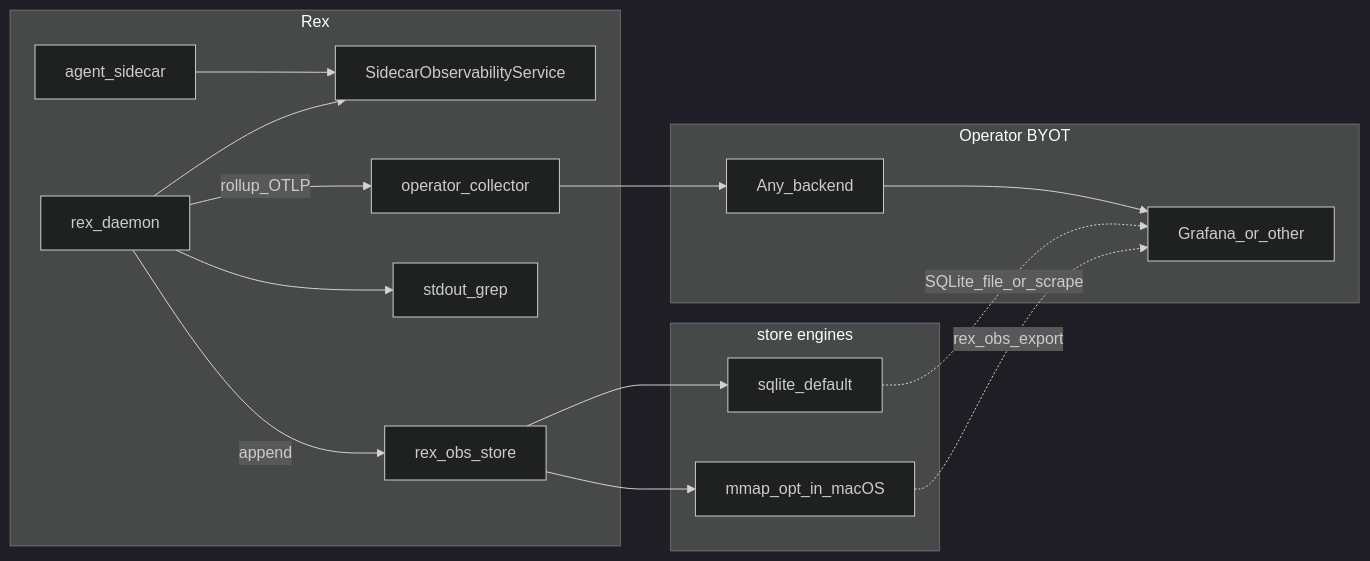
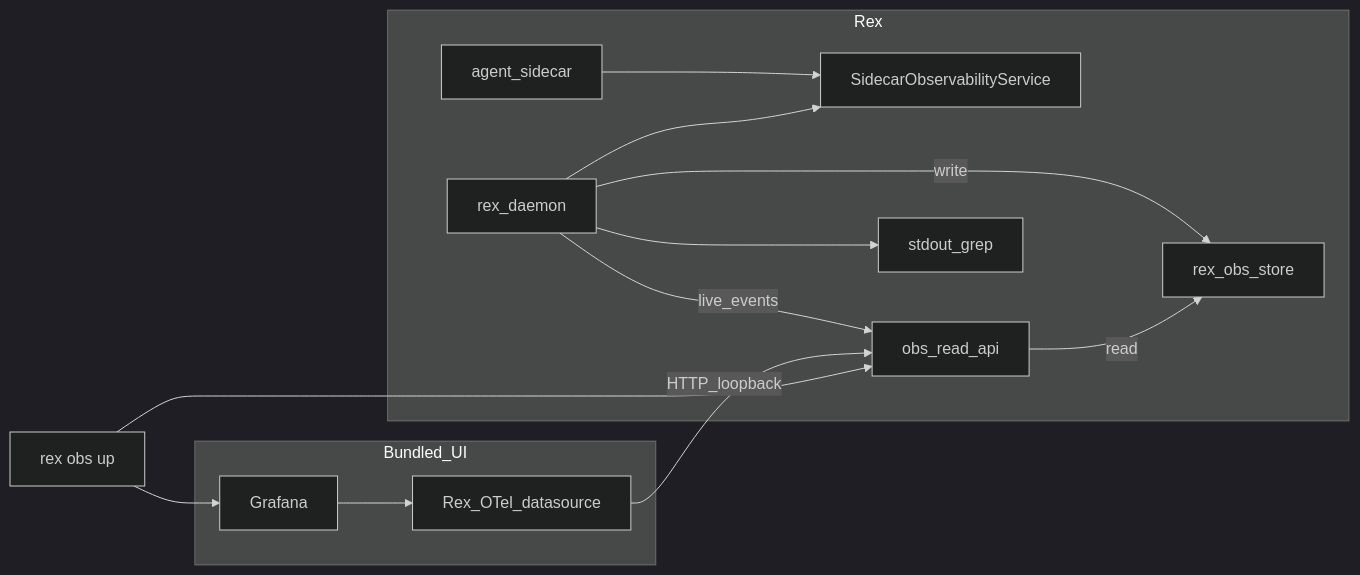
The first of 2 diagrams in docs/OBSERVABILITY_AND_ECONOMICS.md (thsfranca/rex), drawn with Mermaid (dark theme) before and after one commit. The commit also changed other lines of this file and 14 other files, not shown here.

First line of the commit message:
docs: ADR 0026 Rex-owned storage and bundled Grafana suite (#264)

````diff
--- a/docs/OBSERVABILITY_AND_ECONOMICS.md
+++ b/docs/OBSERVABILITY_AND_ECONOMICS.md
@@ -54,25 +60,25 @@
 ```mermaid
 flowchart LR
   subgraph rex [Rex]
     daemon[rex_daemon]
     sidecar[agent_sidecar]
     api[SidecarObservabilityService]
     store[rex_obs_store]
+    readApi[obs_read_api]
     stdout[stdout_grep]
     sidecar --> api
     daemon --> api
-    daemon -->|append| store
-    daemon -->|rollup_OTLP| otlpOut[operator_collector]
+    daemon -->|write| store
+    readApi -->|read| store
+    daemon -->|live_events| readApi
     daemon --> stdout
   end
-  subgraph engines [store engines]
-    store --> sqliteEng[sqlite_default]
-    store --> mmapEng[mmap_opt_in_macOS]
+  subgraph ui [Bundled_UI]
+    grafana[Grafana]
+    plugin[Rex_OTel_datasource]
+    grafana --> plugin
+    plugin -->|HTTP_loopback| readApi
   end
-  subgraph byot [Operator BYOT]
-    otlpOut --> backend[Any_backend]
-    backend --> ui[Grafana_or_other]
-    sqliteEng -.->|SQLite_file_or_scrape| ui
-    mmapEng -.->|rex_obs_export| ui
-  end
+  rexObsUp["rex obs up"] --> readApi
+  rexObsUp --> grafana
 ```
````
